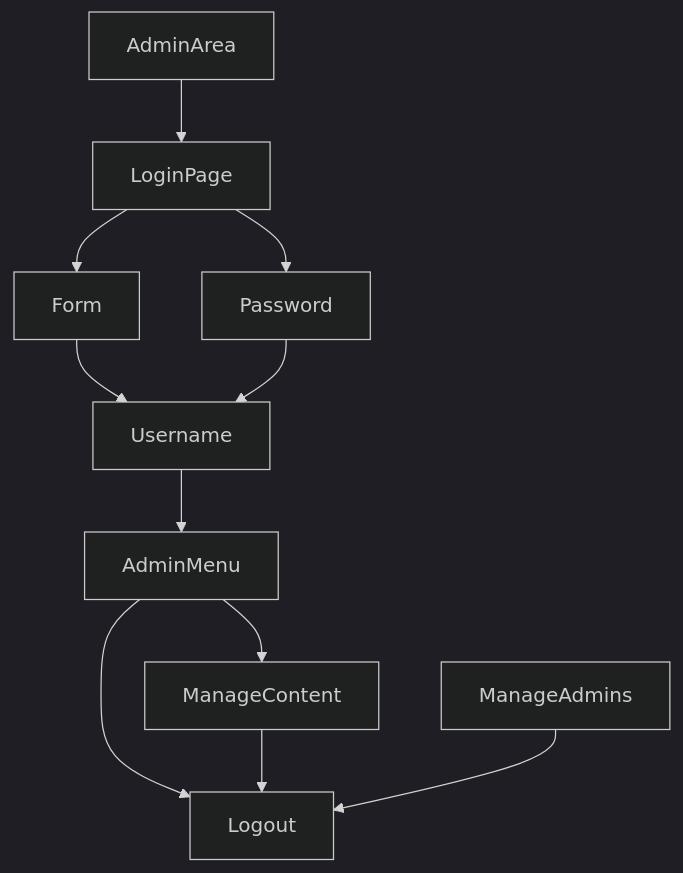
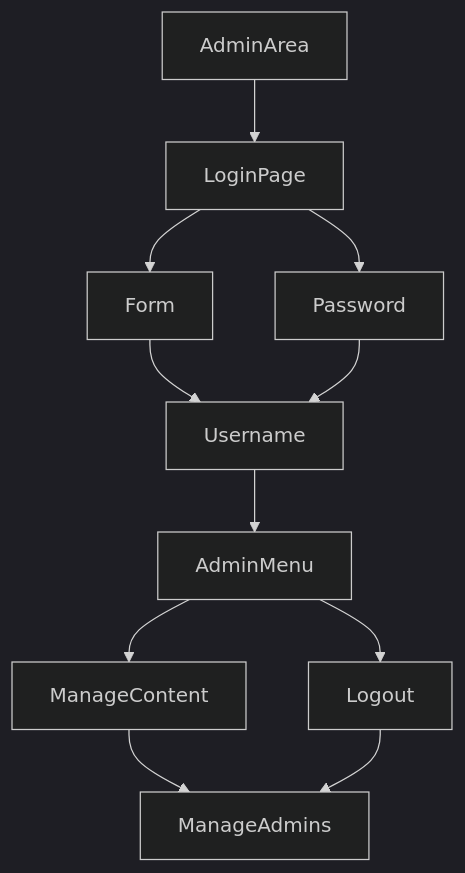
Before and after one commit to HeidiJay/Content-Management-System: the second of 3 diagrams in README.md, drawn with Mermaid (dark theme).

Commit message:
readme test 1.6 mapping

````diff
--- a/README.md
+++ b/README.md
@@ -9,13 +9,13 @@
 ```mermaid
 graph TD;
     AdminArea-->LoginPage;
     LoginPage-->Form;
     LoginPage-->Password;
     Form-->Username;
     Password-->Username;
     Username-->AdminMenu;
     AdminMenu-->ManageContent;
     AdminMenu-->Logout;
-    ManageContent-->Logout;
-    ManageAdmins-->Logout;
+    ManageContent-->ManageAdmins;
+    Logout-->ManageAdmins;
 ```
````
